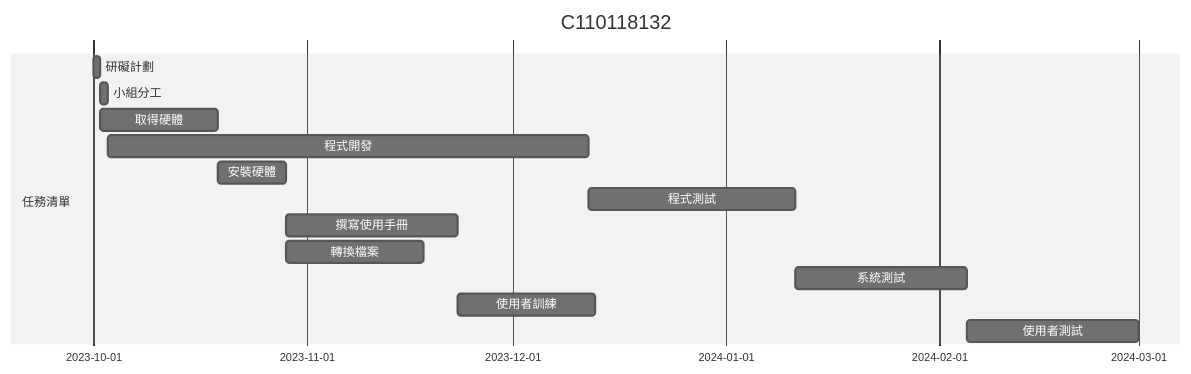
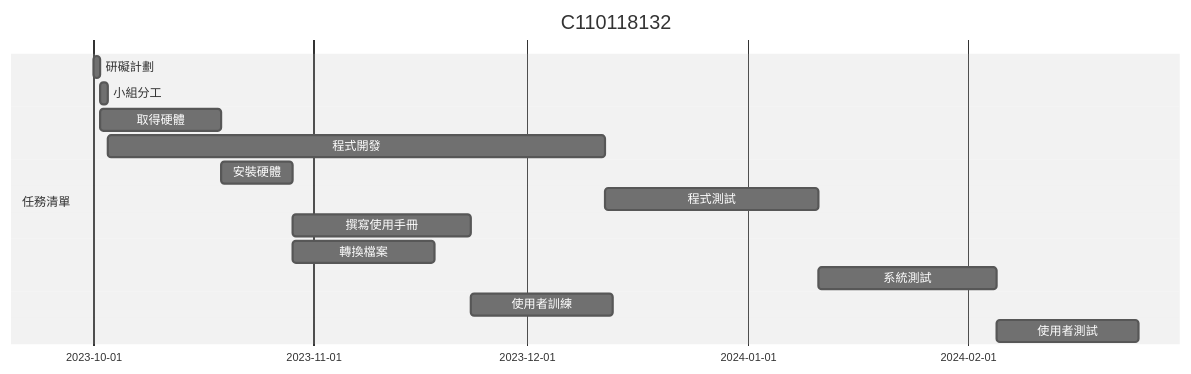
The diagram in README.md (MITC110118132/No.11), drawn with Mermaid (neutral theme) before and after one commit.

````diff
--- a/README.md
+++ b/README.md
@@ -4,17 +4,17 @@
 ```mermaid
 gantt
     title C110118132
 
     section 任務清單
     研礙計劃           :a1, 2023-10-01, 1d
     小組分工          :a2, after a1  , 1d
     取得硬體           :a3, after a1  , 17d
     程式開發           :a4, after a2  , 70d
     安裝硬體           :a5, after a3  , 10d
     程式測試           :a6, after a4  , 30d
     撰寫使用手冊        :a7, after a5  , 25d
     轉換檔案           :a8, after a5  , 20d
     系統測試           :a9, after a6  , 25d
     使用者訓練         :a10, after a7  , 20d
-    使用者測試         :a11, after a9  , 25d
+    使用者測試         :a11, after a9  , 20d
 ```
````
